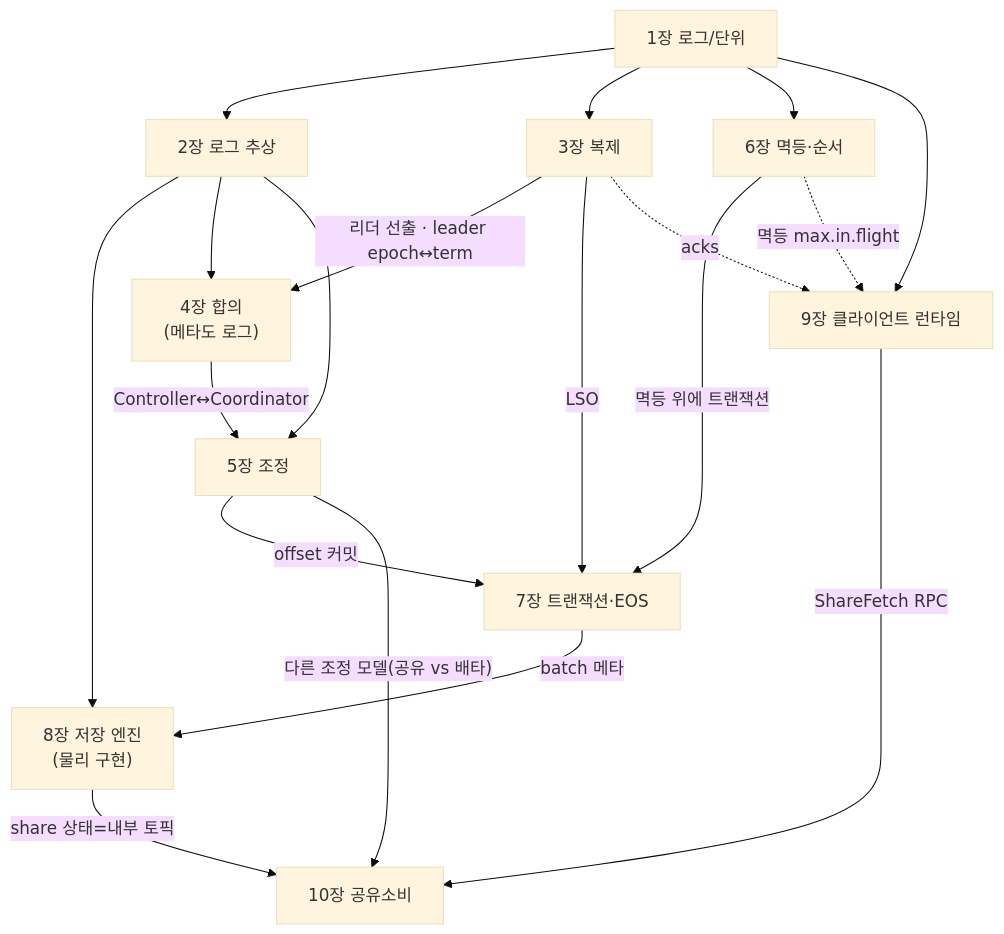
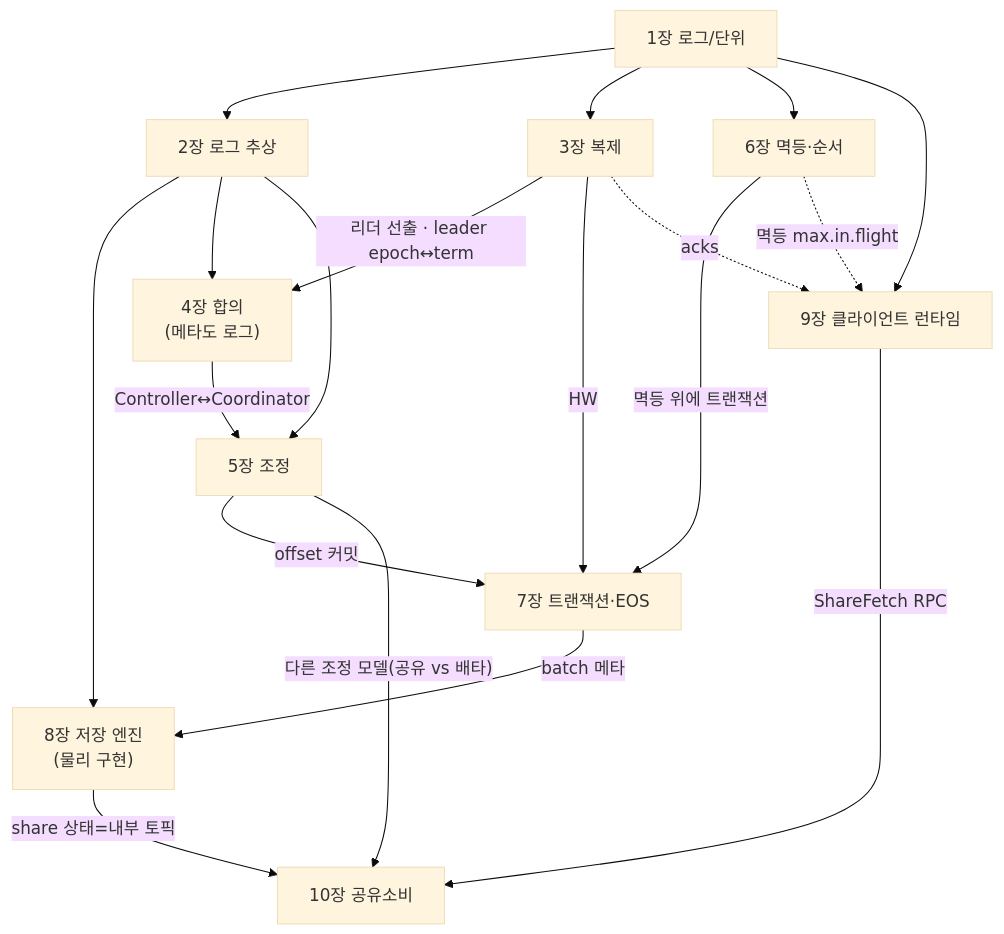
The second of 2 diagrams in docs/book/1-internals/README.md (ghtjr410/kafka-lab), drawn with Mermaid (base theme) before and after one commit. The commit also changed other lines of this file and 2 other files, not shown here.

````diff
--- a/docs/book/1-internals/README.md
+++ b/docs/book/1-internals/README.md
@@ -59,21 +59,21 @@
 ```mermaid
 graph TB
     C1["1장 로그/단위"] --> C2["2장 로그 추상"]
     C2 --> C8["8장 저장 엔진<br/>(물리 구현)"]
     C2 --> C4["4장 합의<br/>(메타도 로그)"]
     C1 --> C3["3장 복제"]
     C3 -->|"리더 선출 · leader epoch↔term"| C4
     C4 -->|"Controller↔Coordinator"| C5["5장 조정"]
     C2 --> C5
     C1 --> C6["6장 멱등·순서"]
     C6 -->|"멱등 위에 트랜잭션"| C7["7장 트랜잭션·EOS"]
-    C3 -->|"LSO"| C7
+    C3 -->|"HW"| C7
     C5 -->|"offset 커밋"| C7
     C7 -->|"batch 메타"| C8
     C1 --> C9["9장 클라이언트 런타임"]
     C3 -.->|"acks"| C9
     C6 -.->|"멱등 max.in.flight"| C9
     C5 -->|"다른 조정 모델(공유 vs 배타)"| C10["10장 공유소비"]
     C8 -->|"share 상태=내부 토픽"| C10
     C9 -->|"ShareFetch RPC"| C10
 ```
````
